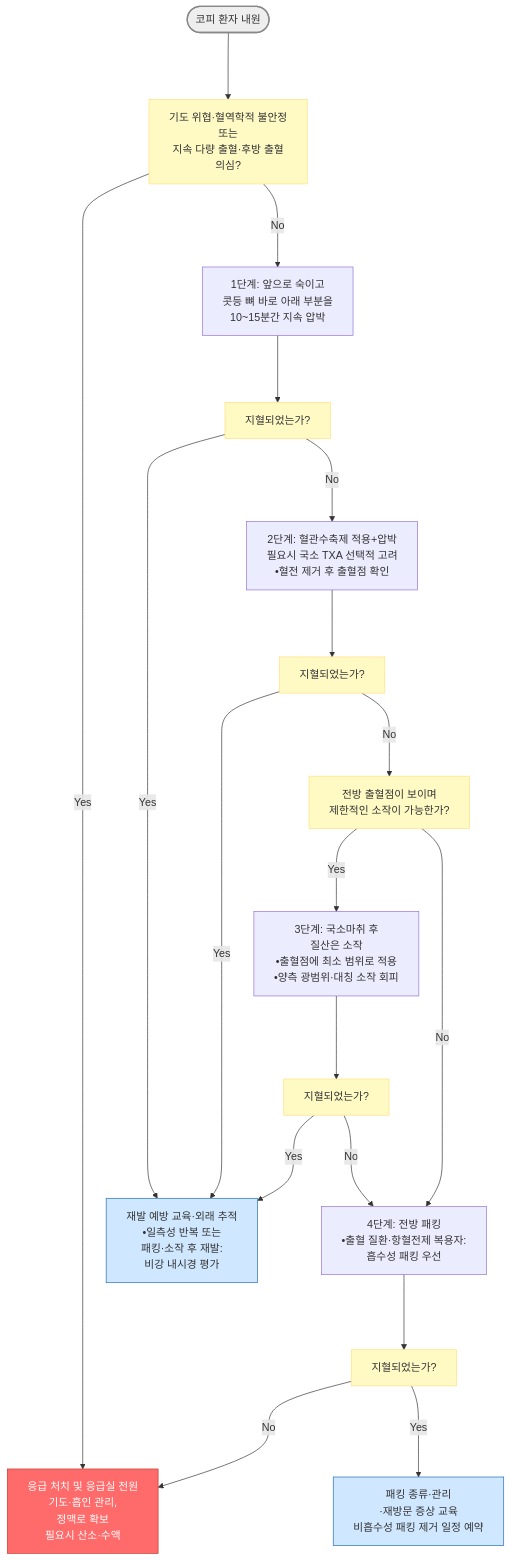
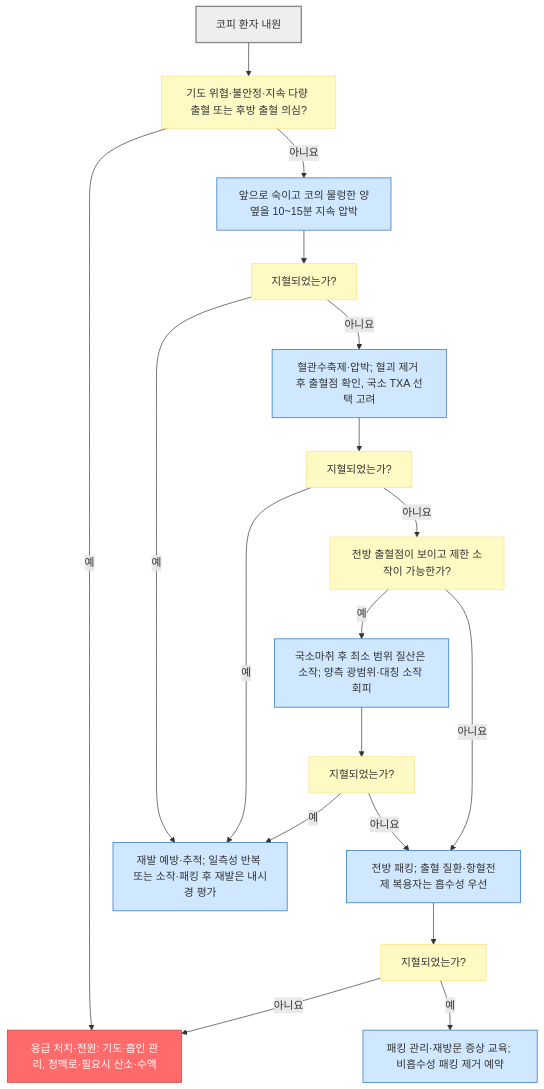
Before and after one commit to familyoh77/familyoh77: the diagram in 222_/050_-epistaxis.md, drawn with Mermaid. The commit also changed other lines of this file and 13 other files, not shown here.

````diff
--- a/222_/050_-epistaxis.md
+++ b/222_/050_-epistaxis.md
@@ -119,26 +120,28 @@
 ```mermaid
-graph TD
-    A(["코피 환자 내원"]) ---> B["기도 위협·혈역학적 불안정 <br/>또는 <br/>지속 다량 출혈·후방 출혈 <br/>의심?"]
-    B -- "Yes" ---> C["응급 처치 및 응급실 전원<br/>기도·흡인 관리, <br/>정맥로 확보<br/>필요시 산소·수액"]
-    B -- "No" ---> D["1단계: 앞으로 숙이고<br/>콧등 뼈 바로 아래 부분을<br/>10~15분간 지속 압박"]
-    D ---> E["지혈되었는가?"]
-    E -- "Yes" ---> F["재발 예방 교육·외래 추적<br/>•일측성 반복 또는 <br/>패킹·소작 후 재발: <br/>비강 내시경 평가"]
-    E -- "No" ---> G["2단계: 혈관수축제 적용+압박<br/>필요시 국소 TXA 선택적 고려<br/>•혈전 제거 후 출혈점 확인"]
-    G ---> H["지혈되었는가?"]
-    H -- "Yes" ---> F
-    H -- "No" ---> I["전방 출혈점이 보이며<br/>제한적인 소작이 가능한가?"]
-    I -- "Yes" ---> J["3단계: 국소마취 후 <br/>질산은 소작<br/>•출혈점에 최소 범위로 적용<br/>•양측 광범위·대칭 소작 회피"]
-    I -- "No" ---> K["4단계: 전방 패킹<br/>•출혈 질환·항혈전제 복용자:<br/>흡수성 패킹 우선"]
-    J ---> L["지혈되었는가?"]
-    L -- "Yes" ---> F
-    L -- "No" ---> K
-    K ---> M["지혈되었는가?"]
-    M -- "No" ---> C
-    M -- "Yes" ---> N["패킹 종류·관리<br/>·재방문 증상 교육<br/>비흡수성 패킹 제거 일정 예약"]
-    style A fill:#eeeeee,stroke:#888888,stroke-width:2px
-    style C fill:#ff6b6b,stroke:#c0392b,color:#fff
-    style F fill:#d0e8ff,stroke:#1a6abf
-    style N fill:#d0e8ff,stroke:#1a6abf
-    classDef yellow fill:#fff9c4,stroke:#ffe082
-    class B,E,H,I,L,M yellow
+flowchart TD
+    A["코피 환자 내원"] --> B["기도 위협·불안정·지속 다량 출혈 또는 후방 출혈 의심?"]
+    B -- "예" --> C["응급 처치·전원: 기도·흡인 관리, 정맥로·필요시 산소·수액"]
+    B -- "아니요" --> D["앞으로 숙이고 코의 물렁한 양옆을 10~15분 지속 압박"]
+    D --> E["지혈되었는가?"]
+    E -- "예" --> F["재발 예방·추적; 일측성 반복 또는 소작·패킹 후 재발은 내시경 평가"]
+    E -- "아니요" --> G["혈관수축제·압박; 혈괴 제거 후 출혈점 확인, 국소 TXA 선택 고려"]
+    G --> H["지혈되었는가?"]
+    H -- "예" --> F
+    H -- "아니요" --> I["전방 출혈점이 보이고 제한 소작이 가능한가?"]
+    I -- "예" --> J["국소마취 후 최소 범위 질산은 소작; 양측 광범위·대칭 소작 회피"]
+    I -- "아니요" --> K["전방 패킹; 출혈 질환·항혈전제 복용자는 흡수성 우선"]
+    J --> L["지혈되었는가?"]
+    L -- "예" --> F
+    L -- "아니요" --> K
+    K --> M["지혈되었는가?"]
+    M -- "아니요" --> C
+    M -- "예" --> N["패킹 관리·재방문 증상 교육; 비흡수성 패킹 제거 예약"]
+    classDef start fill:#eeeeee,stroke:#888888,stroke-width:2px
+    classDef question fill:#fff9c4,stroke:#ffe082
+    classDef emergency fill:#ff6b6b,stroke:#c0392b,color:#ffffff
+    classDef action fill:#d0e8ff,stroke:#1a6abf
+    class A start
+    class B,E,H,I,L,M question
+    class C emergency
+    class D,F,G,J,K,N action
 ```
````
